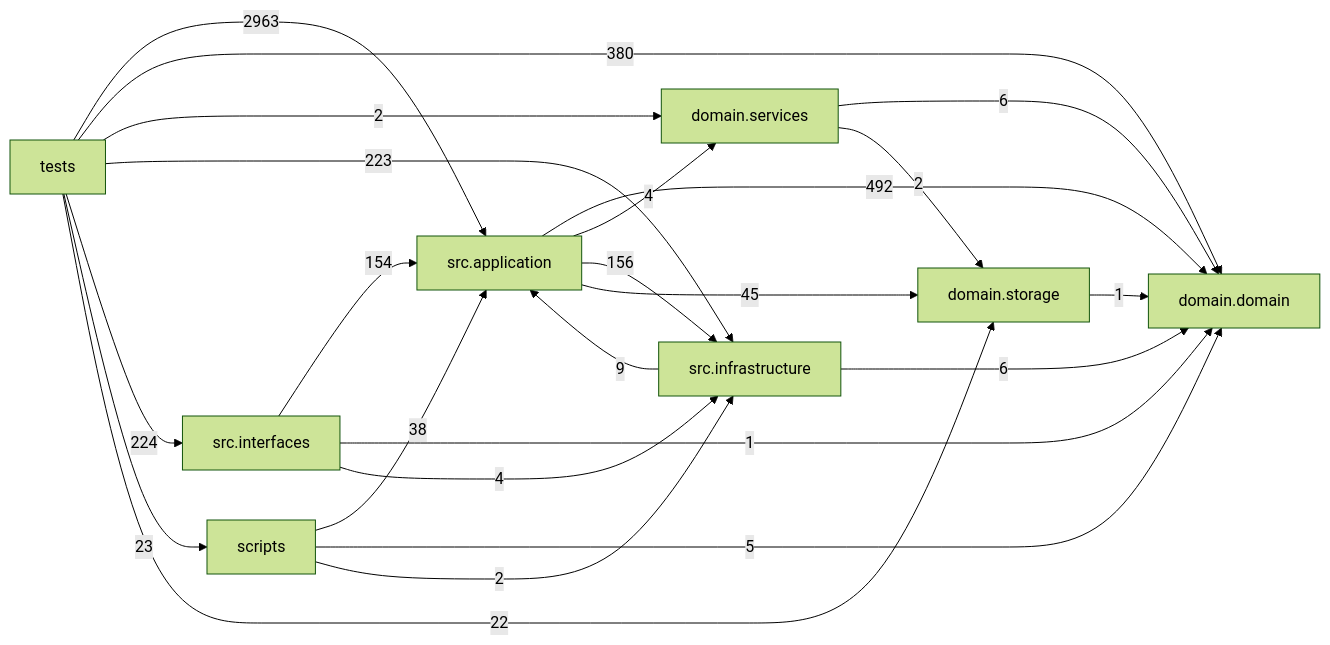
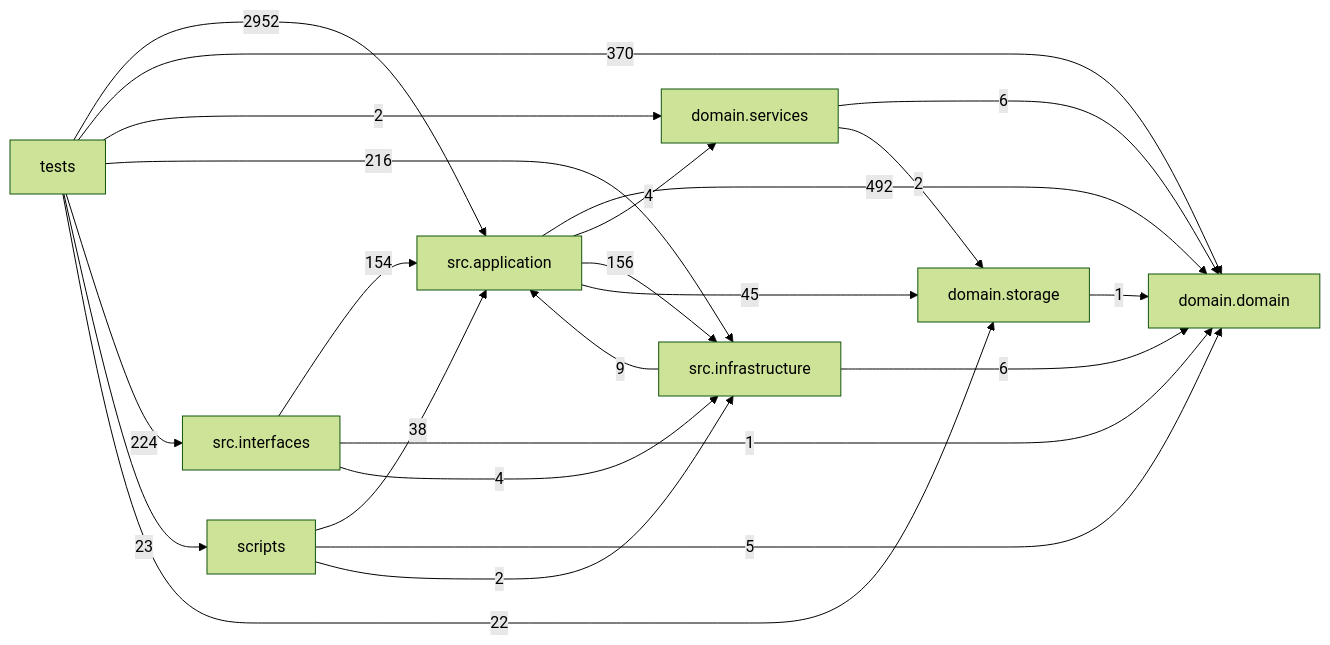
The diagram in docs/DEPENDENCY_GRAPH.md (liuxie066/options-monitor), drawn with Mermaid (forest theme) before and after one commit. The commit also changed other lines of this file, not shown here.

Commit message:
docs(graph): regenerate the dependency graph after the latest wave

````diff
--- a/docs/DEPENDENCY_GRAPH.md
+++ b/docs/DEPENDENCY_GRAPH.md
@@ -24,33 +24,33 @@
 ```mermaid
 flowchart LR
   tests["tests"]
   scripts["scripts"]
   interfaces["src.interfaces"]
   application["src.application"]
   infrastructure["src.infrastructure"]
   domain_services["domain.services"]
   domain["domain.domain"]
   storage["domain.storage"]
   application -->|492| domain
   application -->|4| domain_services
   application -->|156| infrastructure
   application -->|45| storage
   domain_services -->|6| domain
   domain_services -->|2| storage
   infrastructure -->|9| application
   infrastructure -->|6| domain
   interfaces -->|154| application
   interfaces -->|1| domain
   interfaces -->|4| infrastructure
   scripts -->|38| application
   scripts -->|5| domain
   scripts -->|2| infrastructure
   storage -->|1| domain
-  tests -->|2963| application
-  tests -->|380| domain
+  tests -->|2952| application
+  tests -->|370| domain
   tests -->|2| domain_services
-  tests -->|223| infrastructure
+  tests -->|216| infrastructure
   tests -->|224| interfaces
   tests -->|23| scripts
   tests -->|22| storage
 ```
````
